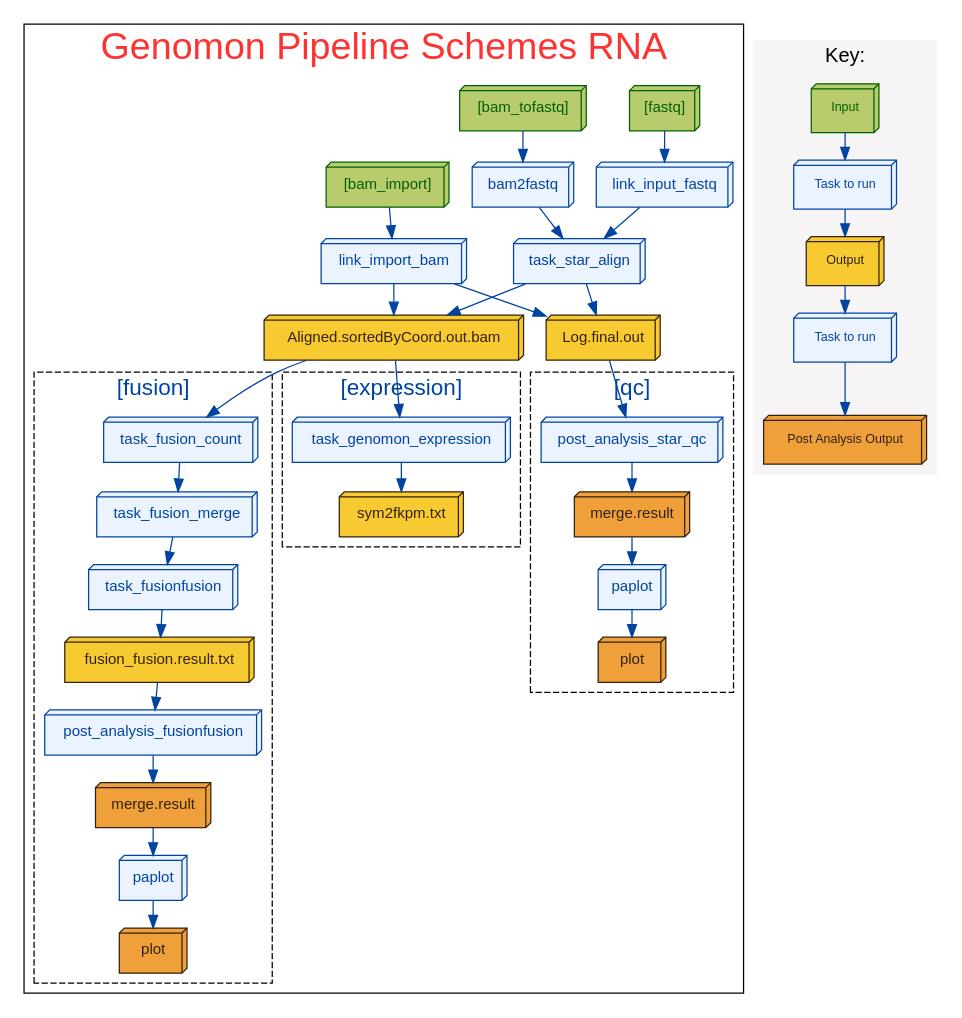
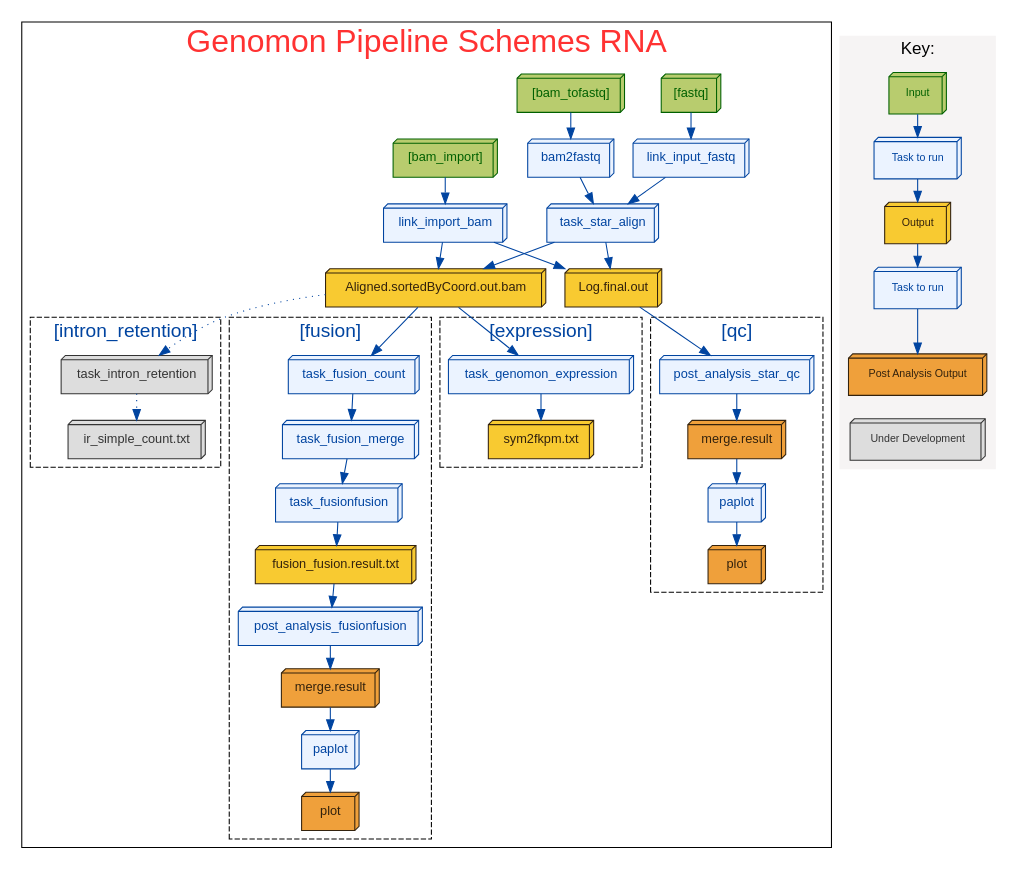
Before and after one commit to Genomon-Project/genomon-docs: the diagram in dot/genomon_rna.dot, drawn with Graphviz. The commit also changed 17 other files, not shown here.

```diff
--- a/dot/genomon_rna.dot
+++ b/dot/genomon_rna.dot
@@ -14,139 +14,171 @@
 		fontcolor = "#FF3232";
 		label = "Genomon Pipeline Schemes RNA";
 
-		#### nodes
+		#### task
 		# input
-		t_input_bam2fastq   [color="#006000", fillcolor="#B8CC6E", fontcolor="#006000", shape=box3d, style=filled, label="[bam_tofastq]"];
-		t_input_fastq         [color="#006000", fillcolor="#B8CC6E", fontcolor="#006000", shape=box3d, style=filled, label="[fastq]"];
-		t_input_bamimport     [color="#006000", fillcolor="#B8CC6E", fontcolor="#006000", shape=box3d, style=filled, label="[bam_import]"];
+		tsk_input_bam2fastq     [color="#006000", fillcolor="#B8CC6E", fontcolor="#006000", shape=box3d, style=filled, label="[bam_tofastq]"];
+		tsk_input_fastq         [color="#006000", fillcolor="#B8CC6E", fontcolor="#006000", shape=box3d, style=filled, label="[fastq]"];
+		tsk_input_bamimport     [color="#006000", fillcolor="#B8CC6E", fontcolor="#006000", shape=box3d, style=filled, label="[bam_import]"];
+
+		# stage
+		tsk_bam2fastq           [color="#0044A0", fillcolor="#EBF3FF", fontcolor="#0044A0", shape=box3d, style=filled, label="bam2fastq"];
+		tsk_link_import_bam     [color="#0044A0", fillcolor="#EBF3FF", fontcolor="#0044A0", shape=box3d, style=filled, label="link_import_bam"];
+		tsk_link_input_fastq    [color="#0044A0", fillcolor="#EBF3FF", fontcolor="#0044A0", shape=box3d, style=filled, label="link_input_fastq"];
+		tsk_star                [color="#0044A0", fillcolor="#EBF3FF", fontcolor="#0044A0", shape=box3d, style=filled, label="task_star_align"];
+
+		# output
+		out_star                [color="#33220D", fillcolor="#F8CA31", fontcolor="#33220D", shape=box3d, style=filled, label="Aligned.sortedByCoord.out.bam"];
+		out_starqc              [color="#33220D", fillcolor="#F8CA31", fontcolor="#33220D", shape=box3d, style=filled, label="Log.final.out"];
+
+		#### link
+		# input
+		tsk_input_bam2fastq -> tsk_bam2fastq[color="#0044A0"];
+		tsk_input_fastq -> tsk_link_input_fastq[color="#0044A0"];
+		tsk_input_bamimport -> tsk_link_import_bam[color="#0044A0"];
+
+		# stage
+		tsk_bam2fastq -> tsk_star[color="#0044A0"];
+		tsk_link_input_fastq -> tsk_star[color="#0044A0"];
+
+		tsk_star -> out_star[color="#0044A0"];
+		tsk_star -> out_starqc[color="#0044A0"];
+		tsk_link_import_bam -> out_star[color="#0044A0"];
+		tsk_link_import_bam -> out_starqc[color="#0044A0"];
+
+		out_star -> tsk_f_count[color="#0044A0"];
+		out_star -> tsk_e_expression[color="#0044A0"];
+		out_starqc -> tsk_q_pa[color="#0044A0"];
+
+		out_star -> tsk_i_retention[color="#0044A0", style="dotted"];
 		
-		# stage
-		t_bam2fastq           [color="#0044A0", fillcolor="#EBF3FF", fontcolor="#0044A0", shape=box3d, style=filled, label="bam2fastq"];
-		t_link_import_bam     [color="#0044A0", fillcolor="#EBF3FF", fontcolor="#0044A0", shape=box3d, style=filled, label="link_import_bam"];
-		t_link_input_fastq    [color="#0044A0", fillcolor="#EBF3FF", fontcolor="#0044A0", shape=box3d, style=filled, label="link_input_fastq"];
-		t_star                [color="#0044A0", fillcolor="#EBF3FF", fontcolor="#0044A0", shape=box3d, style=filled, label="task_star_align"];
-		
-		# output
-		t_output_star         [color="#33220D", fillcolor="#F8CA31", fontcolor="#33220D", shape=box3d, style=filled, label="Aligned.sortedByCoord.out.bam"];
-		t_output_starqc       [color="#33220D", fillcolor="#F8CA31", fontcolor="#33220D", shape=box3d, style=filled, label="Log.final.out"];
-		
-		#### lines
-		# input
-		t_input_bam2fastq -> t_bam2fastq[color="#0044A0"];
-		t_input_fastq -> t_link_input_fastq[color="#0044A0"];
-		t_input_bamimport -> t_link_import_bam[color="#0044A0"];
-		
-		# stage
-		t_bam2fastq -> t_star[color="#0044A0"];
-		t_link_input_fastq -> t_star[color="#0044A0"];
-		
-		t_star -> t_output_star[color="#0044A0"];
-		t_star -> t_output_starqc[color="#0044A0"];
-		t_link_import_bam -> t_output_star[color="#0044A0"];
-		t_link_import_bam -> t_output_starqc[color="#0044A0"];
-		
-		t_output_star -> t_fusion_c[color="#0044A0"];
-		t_output_star -> t_expression[color="#0044A0"];
-		t_output_starqc -> t_pa_starqc[color="#0044A0"];
-	
 		subgraph clustertasks_fusion
 		{
-			rank="min";
+			#rank="min";
 			fontname = "helvetica";
 			fontcolor = "#0044A0";
 			fontsize = "18";
 			label = " [fusion]";
 			style = dashed;
 
-			#### nodes
-			t_fusion_c            [color="#0044A0", fillcolor="#EBF3FF", fontcolor="#0044A0", shape=box3d, style=filled, label="task_fusion_count"];
-			t_fusion_m            [color="#0044A0", fillcolor="#EBF3FF", fontcolor="#0044A0", shape=box3d, style=filled, label="task_fusion_merge"];
-			t_fusion              [color="#0044A0", fillcolor="#EBF3FF", fontcolor="#0044A0", shape=box3d, style=filled, label="task_fusionfusion"];
-			t_pa_ff               [color="#0044A0", fillcolor="#EBF3FF", fontcolor="#0044A0", shape=box3d, style=filled, label="post_analysis_fusionfusion"];
-			t_paplot_ff           [color="#0044A0", fillcolor="#EBF3FF", fontcolor="#0044A0", shape=box3d, style=filled, label="paplot"];
+			#### task
+			tsk_f_count         [color="#0044A0", fillcolor="#EBF3FF", fontcolor="#0044A0", shape=box3d, style=filled, label="task_fusion_count"];
+			tsk_f_merge         [color="#0044A0", fillcolor="#EBF3FF", fontcolor="#0044A0", shape=box3d, style=filled, label="task_fusion_merge"];
+			tsk_f_fusion        [color="#0044A0", fillcolor="#EBF3FF", fontcolor="#0044A0", shape=box3d, style=filled, label="task_fusionfusion"];
+			tsk_f_pa            [color="#0044A0", fillcolor="#EBF3FF", fontcolor="#0044A0", shape=box3d, style=filled, label="post_analysis_fusionfusion"];
+			tsk_f_paplot        [color="#0044A0", fillcolor="#EBF3FF", fontcolor="#0044A0", shape=box3d, style=filled, label="paplot"];
 			
 			# output
-			t_output_fusion       [color="#33220D", fillcolor="#F8CA31", fontcolor="#33220D", shape=box3d, style=filled, label="fusion_fusion.result.txt"];
-			t_output_pa_ff        [color="#33220D", fillcolor="#EFA03B", fontcolor="#33220D", shape=box3d, style=filled, label="merge.result"];
-			t_output_paplot_ff    [color="#33220D", fillcolor="#EFA03B", fontcolor="#33220D", shape=box3d, style=filled, label="plot"];
+			out_f_result        [color="#33220D", fillcolor="#F8CA31", fontcolor="#33220D", shape=box3d, style=filled, label="fusion_fusion.result.txt"];
+			out_f_pa            [color="#33220D", fillcolor="#EFA03B", fontcolor="#33220D", shape=box3d, style=filled, label="merge.result"];
+			out_f_paplot        [color="#33220D", fillcolor="#EFA03B", fontcolor="#33220D", shape=box3d, style=filled, label="plot"];
 
-			#### lines
+			#### link
 			# stage
-			t_fusion_c -> t_fusion_m[color="#0044A0"];
-			t_fusion_m -> t_fusion[color="#0044A0"];
+			tsk_f_count -> tsk_f_merge[color="#0044A0"];
+			tsk_f_merge -> tsk_f_fusion[color="#0044A0"];
 			
 			# output
-			t_fusion -> t_output_fusion[color="#0044A0"];
+			tsk_f_fusion -> out_f_result[color="#0044A0"];
 
 			# post_analysis
-			t_output_fusion -> t_pa_ff[color="#0044A0"];
-			t_pa_ff -> t_output_pa_ff[color="#0044A0"];
+			out_f_result -> tsk_f_pa[color="#0044A0"];
+			tsk_f_pa -> out_f_pa[color="#0044A0"];
 
 			# paplot
-			t_output_pa_ff -> t_paplot_ff[color="#0044A0"];
-			t_paplot_ff -> t_output_paplot_ff[color="#0044A0"];
+			out_f_pa -> tsk_f_paplot[color="#0044A0"];
+			tsk_f_paplot -> out_f_paplot[color="#0044A0"];
 		}
-
 		subgraph clustertasks_expression
 		{
-			rank="min";
+			#rank="min";
 			fontname = "helvetica";
 			fontcolor = "#0044A0";
 			fontsize = "18";
 			label = " [expression]";
 			style = dashed;
-
-			#### nodes
-			# nodes
-			t_expression              [color="#0044A0", fillcolor="#EBF3FF", fontcolor="#0044A0", shape=box3d, style=filled, label="task_genomon_expression"];
-			#t_pa_expression           [color="#0044A0", fillcolor="#EBF3FF", fontcolor="#0044A0", shape=box3d, style=filled, label="post_analysis_expression"];
-			#t_paplot_expression       [color="#0044A0", fillcolor="#EBF3FF", fontcolor="#0044A0", shape=box3d, style=filled, label="paplot"];
+        
+			#### task
+			tsk_e_expression    [color="#0044A0", fillcolor="#EBF3FF", fontcolor="#0044A0", shape=box3d, style=filled, label="task_genomon_expression"];
+			#tsk_e_pa           [color="#0044A0", fillcolor="#EBF3FF", fontcolor="#0044A0", shape=box3d, style=filled, label="post_analysis_expression"];
+			#tsk_e_paplot       [color="#0044A0", fillcolor="#EBF3FF", fontcolor="#0044A0", shape=box3d, style=filled, label="paplot"];
 			
 			# output
-			t_output_expression       [color="#33220D", fillcolor="#F8CA31", fontcolor="#33220D", shape=box3d, style=filled, label="sym2fkpm.txt"];
-			#t_output_pa_expression    [color="#33220D", fillcolor="#EBF3FF", fontcolor="#33220D", shape=box3d, style=filled, label="merge.result"];
-			#t_output_paplot_expression[color="#33220D", fillcolor="#EBF3FF", fontcolor="#33220D", shape=box3d, style=filled, label="plot"];
+			out_e_result        [color="#33220D", fillcolor="#F8CA31", fontcolor="#33220D", shape=box3d, style=filled, label="sym2fkpm.txt"];
+			#out_e_pa           [color="#33220D", fillcolor="#EFA03B", fontcolor="#33220D", shape=box3d, style=filled, label="merge.result"];
+			#out_e_paplot       [color="#33220D", fillcolor="#EFA03B", fontcolor="#33220D", shape=box3d, style=filled, label="plot"];
 			
-
+        
 			#### lines
 			# stage
-			t_expression -> t_output_expression[color="#0044A0"];
+			tsk_e_expression -> out_e_result[color="#0044A0"];
 			
 			# post_analysis
-			#t_output_expression -> t_pa_expression[color="#0044A0"];
-			#t_pa_expression -> t_output_pa_expression[color="#0044A0"];
-
+			#out_e_result -> tsk_e_pa[color="#0044A0"];
+			#tsk_e_pa -> out_e_pa[color="#0044A0"];
+        
 			# paplot
-			#t_output_pa_expression -> t_paplot_expression[color="#0044A0"];
-			#t_paplot_expression -> t_output_paplot_expression[color="#0044A0"];
+			#out_e_pa -> tsk_e_paplot[color="#0044A0"];
+			#tsk_e_paplot -> out_e_paplot[color="#0044A0"];
 		}
-
+		subgraph clustertasks_intron
+		{
+			#rank="min";
+			fontname = "helvetica";
+			fontcolor = "#0044A0";
+			fontsize = "18";
+			label = " [intron_retention]";
+			style = dashed;
+        
+			#### task
+			tsk_i_retention     [color="#333333", fillcolor="#DDDDDD", fontcolor="#333333", shape=box3d, style=filled, label="task_intron_retention"];
+			#tsk_i_retention    [color="#0044A0", fillcolor="#EBF3FF", fontcolor="#0044A0", shape=box3d, style=filled, label="task_intron_retention"];
+			#tsk_i_pa           [color="#0044A0", fillcolor="#EBF3FF", fontcolor="#0044A0", shape=box3d, style=filled, label="post_analysis_ir"];
+			#tsk_i_paplot       [color="#0044A0", fillcolor="#EBF3FF", fontcolor="#0044A0", shape=box3d, style=filled, label="paplot"];
+			
+			# output
+			out_i_result        [color="#333333", fillcolor="#DDDDDD", fontcolor="#333333", shape=box3d, style=filled, label="ir_simple_count.txt"];
+			#out_i_result       [color="#33220D", fillcolor="#F8CA31", fontcolor="#33220D", shape=box3d, style=filled, label="ir_simple_count.txt"];
+			#out_i_pa           [color="#33220D", fillcolor="#EFA03B", fontcolor="#33220D", shape=box3d, style=filled, label="merge.result"];
+			#out_i_paplot       [color="#33220D", fillcolor="#EFA03B", fontcolor="#33220D", shape=box3d, style=filled, label="plot"];
+			
+        
+			#### link
+			# stage
+			tsk_i_retention -> out_i_result[color="#0044A0", style="dotted"];
+			
+			# post_analysis
+			#out_i_result -> tsk_i_pa[color="#0044A0"];
+			#tsk_i_pa -> out_i_pa[color="#0044A0"];
+        
+			# paplot
+			#out_i_pa -> tsk_i_paplot[color="#0044A0"];
+			#tsk_i_paplot -> out_i_paplot[color="#0044A0"];
+		}
 		subgraph clustertasks_starqc
 		{
-			rank="min";
+			#rank="min";
 			fontname = "helvetica";
 			fontcolor = "#0044A0";
 			fontsize = "18";
 			label = " [qc]";
 			style = dashed;
 
-			#### nodes
-			# nodes
-			t_pa_starqc           [color="#0044A0", fillcolor="#EBF3FF", fontcolor="#0044A0", shape=box3d, style=filled, label="post_analysis_star_qc"];
-			t_paplot_starqc       [color="#0044A0", fillcolor="#EBF3FF", fontcolor="#0044A0", shape=box3d, style=filled, label="paplot"];
+			#### task
+			tsk_q_pa            [color="#0044A0", fillcolor="#EBF3FF", fontcolor="#0044A0", shape=box3d, style=filled, label="post_analysis_star_qc"];
+			tsk_q_paplot        [color="#0044A0", fillcolor="#EBF3FF", fontcolor="#0044A0", shape=box3d, style=filled, label="paplot"];
 			
 			# output
-			t_output_pa_starqc    [color="#33220D", fillcolor="#EFA03B", fontcolor="#33220D", shape=box3d, style=filled, label="merge.result"];
-			t_output_paplot_starqc[color="#33220D", fillcolor="#EFA03B", fontcolor="#33220D", shape=box3d, style=filled, label="plot"];
+			out_q_pa            [color="#33220D", fillcolor="#EFA03B", fontcolor="#33220D", shape=box3d, style=filled, label="merge.result"];
+			out_q_paplot        [color="#33220D", fillcolor="#EFA03B", fontcolor="#33220D", shape=box3d, style=filled, label="plot"];
 			
 
-			#### lines
+			#### link
 			# post_analysis
-			t_pa_starqc -> t_output_pa_starqc[color="#0044A0"];
+			tsk_q_pa -> out_q_pa[color="#0044A0"];
 
 			# paplot
-			t_output_pa_starqc -> t_paplot_starqc[color="#0044A0"];
-			t_paplot_starqc -> t_output_paplot_starqc[color="#0044A0"];
+			out_q_pa -> tsk_q_paplot[color="#0044A0"];
+			tsk_q_paplot -> out_q_paplot[color="#0044A0"];
 		}
 	}
 	
@@ -161,14 +193,17 @@
 		label = "Key:"
 
 		node[margin="0.2,0.2", fontname = "helvetica", fontsize="10"];
-		k1_1[color="#006000", fillcolor="#B8CC6E", fontcolor="#006000", label="Input", shape=box3d, style=filled];
-		k2_1[color="#0044A0", fillcolor="#EBF3FF", fontcolor="#0044A0", label="Task to run", shape=box3d, style=filled];
-		k3_1[color="#33220D", fillcolor="#F8CA31", fontcolor="#33220D", label="Output", shape=box3d, style=filled];
-		k4_1[color="#0044A0", fillcolor="#EBF3FF", fontcolor="#0044A0", label="Task to run", shape=box3d, style=filled];
-		k5_1[color="#33220D", fillcolor="#EFA03B", fontcolor="#33220D", label="Post Analysis Output", shape=box3d, style=filled];
-		k1_1 -> k2_1[color="#0044A0", arrowtype=normal];
-		k2_1 -> k3_1[color="#0044A0", arrowtype=normal];
-		k3_1 -> k4_1[color="#0044A0", arrowtype=normal];
-		k4_1 -> k5_1[color="#0044A0", arrowtype=normal];
+		k1[color="#006000", fillcolor="#B8CC6E", fontcolor="#006000", label="Input", shape=box3d, style=filled];
+		k2[color="#0044A0", fillcolor="#EBF3FF", fontcolor="#0044A0", label="Task to run", shape=box3d, style=filled];
+		k3[color="#33220D", fillcolor="#F8CA31", fontcolor="#33220D", label="Output", shape=box3d, style=filled];
+		k4[color="#0044A0", fillcolor="#EBF3FF", fontcolor="#0044A0", label="Task to run", shape=box3d, style=filled];
+		k5[color="#33220D", fillcolor="#EFA03B", fontcolor="#33220D", label="Post Analysis Output", shape=box3d, style=filled];
+		k1 -> k2[color="#0044A0", arrowtype=normal];
+		k2 -> k3[color="#0044A0", arrowtype=normal];
+		k3 -> k4[color="#0044A0", arrowtype=normal];
+		k4 -> k5[color="#0044A0", arrowtype=normal];
+		
+		under_develop[color="#333333", fillcolor="#DDDDDD", fontcolor="#333333", label="Under Development", shape=box3d, style=filled];
+		k5 -> under_develop[style=invis];
 	}
 }
```
